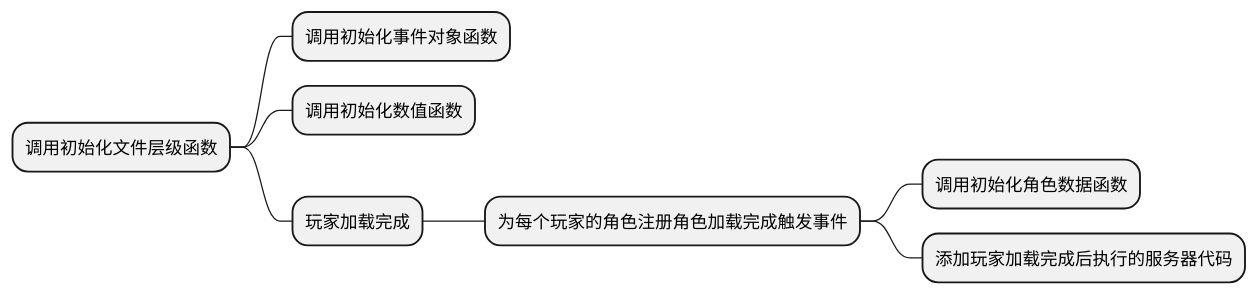
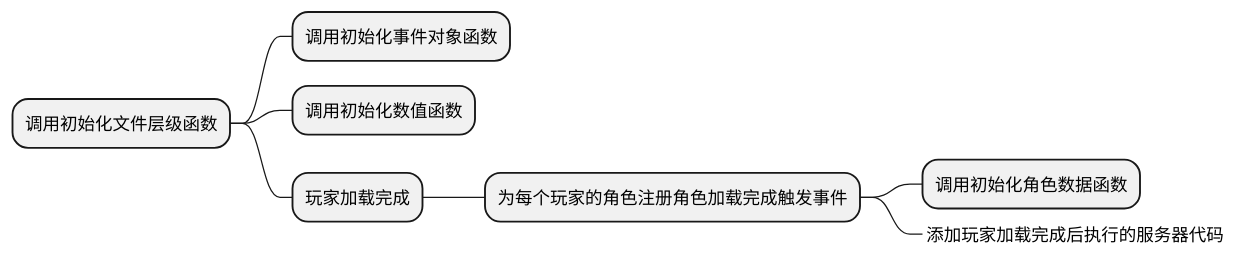
One commit to myrainbowcolor/Rworlder changed the diagram in docs/ReWorld编程模板目录/模板/编程框架/Server_Main.md. Above: the diagram before and after it, drawn with PlantUML. The commit also changed 4 other files, not shown here.

````diff
--- a/docs/ReWorld编程模板目录/模板/编程框架/Server_Main.md
+++ b/docs/ReWorld编程模板目录/模板/编程框架/Server_Main.md
@@ -7,11 +7,11 @@
 ```plantuml
 @startmindmap
 * 调用初始化文件层级函数
 ** 调用初始化事件对象函数
 ** 调用初始化数值函数
 ** 玩家加载完成
 *** 为每个玩家的角色注册角色加载完成触发事件
 **** 调用初始化角色数据函数
-**** 添加玩家加载完成后执行的服务器代码
+****_ 添加玩家加载完成后执行的服务器代码
 @endmindmap
 ```
````
